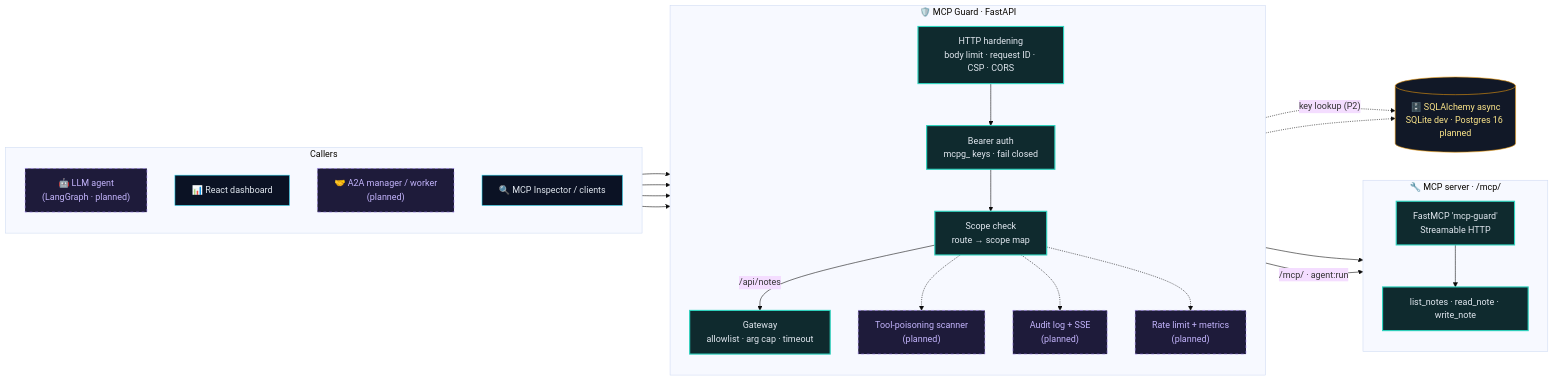
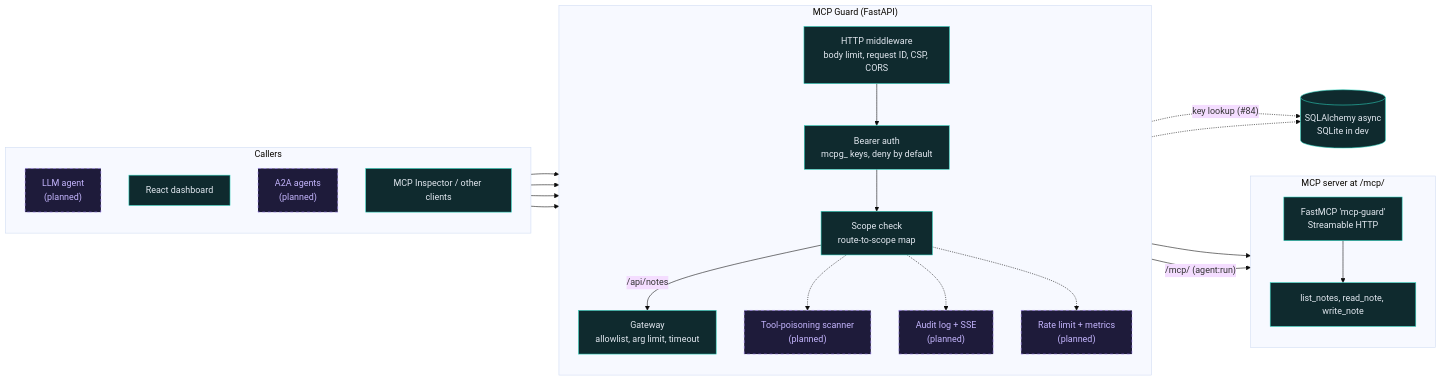
Before and after one commit to aneek22112007-tech/mcp-a2a-secure: the first of 3 diagrams in README.md, drawn with Mermaid (base theme). The commit also changed other lines of this file and 1 other file, not shown here.

Commit message:
docs: simplify README tone, remove roadmap and emojis

````diff
--- a/README.md
+++ b/README.md
@@ -99,52 +28,48 @@
 ```mermaid
 flowchart LR
     subgraph CALLERS["Callers"]
         direction TB
-        AG["🤖 LLM agent<br/>(LangGraph · planned)"]
-        UI["📊 React dashboard"]
-        A2A["🤝 A2A manager / worker<br/>(planned)"]
-        INS["🔍 MCP Inspector / clients"]
+        AG["LLM agent<br/>(planned)"]
+        UI["React dashboard"]
+        A2A["A2A agents<br/>(planned)"]
+        INS["MCP Inspector / other clients"]
     end
 
-    subgraph CORE["🛡️ MCP Guard · FastAPI"]
+    subgraph CORE["MCP Guard (FastAPI)"]
         direction TB
-        MW["HTTP hardening<br/>body limit · request ID · CSP · CORS"]
-        AUTH["Bearer auth<br/>mcpg_ keys · fail closed"]
-        SC["Scope check<br/>route → scope map"]
-        GW["Gateway<br/>allowlist · arg cap · timeout"]
+        MW["HTTP middleware<br/>body limit, request ID, CSP, CORS"]
+        AUTH["Bearer auth<br/>mcpg_ keys, deny by default"]
+        SC["Scope check<br/>route-to-scope map"]
+        GW["Gateway<br/>allowlist, arg limit, timeout"]
         SCAN["Tool-poisoning scanner<br/>(planned)"]
         AUD["Audit log + SSE<br/>(planned)"]
         RL["Rate limit + metrics<br/>(planned)"]
     end
 
-    subgraph TOOLS["🔧 MCP server · /mcp/"]
+    subgraph TOOLS["MCP server at /mcp/"]
         direction TB
         MCP["FastMCP 'mcp-guard'<br/>Streamable HTTP"]
-        T1["list_notes · read_note · write_note"]
+        T1["list_notes, read_note, write_note"]
     end
 
-    DB[("🗄️ SQLAlchemy async<br/>SQLite dev · Postgres 16 planned")]
+    DB[("SQLAlchemy async<br/>SQLite in dev")]
 
     AG --> MW
     UI --> MW
     A2A --> MW
     INS --> MW
     MW --> AUTH --> SC
     SC -->|"/api/notes"| GW --> MCP
-    SC -->|"/mcp/ · agent:run"| MCP
+    SC -->|"/mcp/ (agent:run)"| MCP
     MCP --> T1
     SC -.-> SCAN
     SC -.-> AUD
     SC -.-> RL
-    AUTH -.->|"key lookup (P2)"| DB
+    AUTH -.->|"key lookup (#84)"| DB
     AUD -.-> DB
 
-    classDef built fill:#0f2a2e,stroke:#2dd4bf,color:#e2e8f0,stroke-width:2px
+    classDef built fill:#0f2a2e,stroke:#2dd4bf,color:#e2e8f0
     classDef planned fill:#1e1b3a,stroke:#a78bfa,color:#c4b5fd,stroke-dasharray:5 5
-    classDef caller fill:#0b1224,stroke:#22d3ee,color:#e2e8f0
-    classDef store fill:#111827,stroke:#f59e0b,color:#fde68a
-    class MW,AUTH,SC,GW,MCP,T1 built
+    class MW,AUTH,SC,GW,MCP,T1,UI,INS,DB built
     class SCAN,AUD,RL,AG,A2A planned
-    class UI,INS caller
-    class DB store
 ```
````
